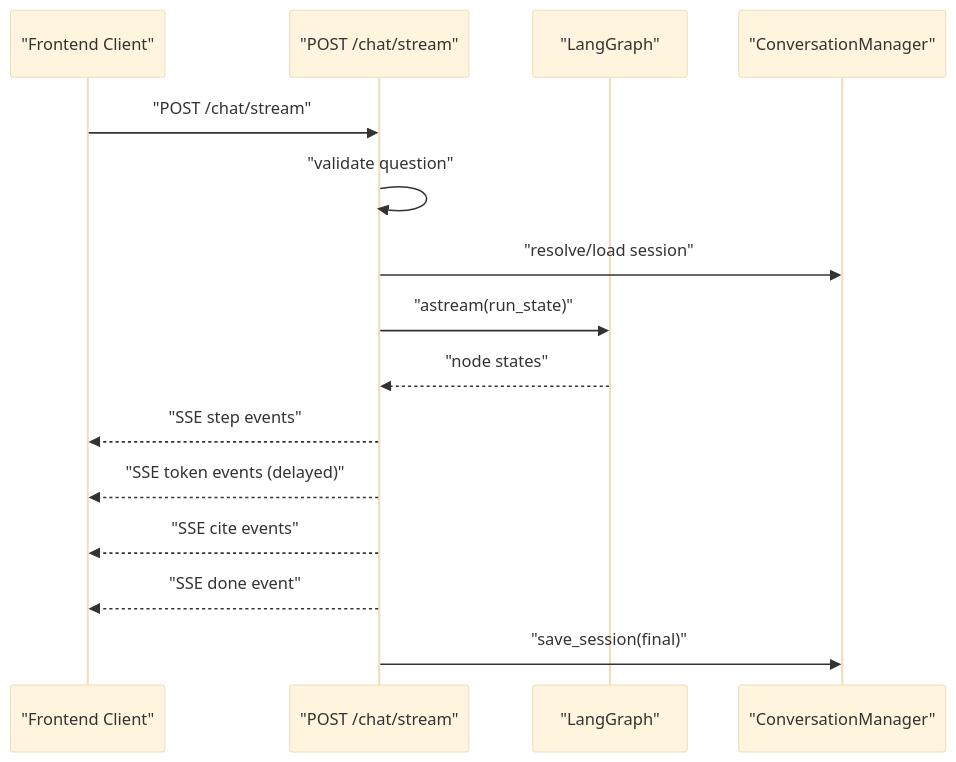
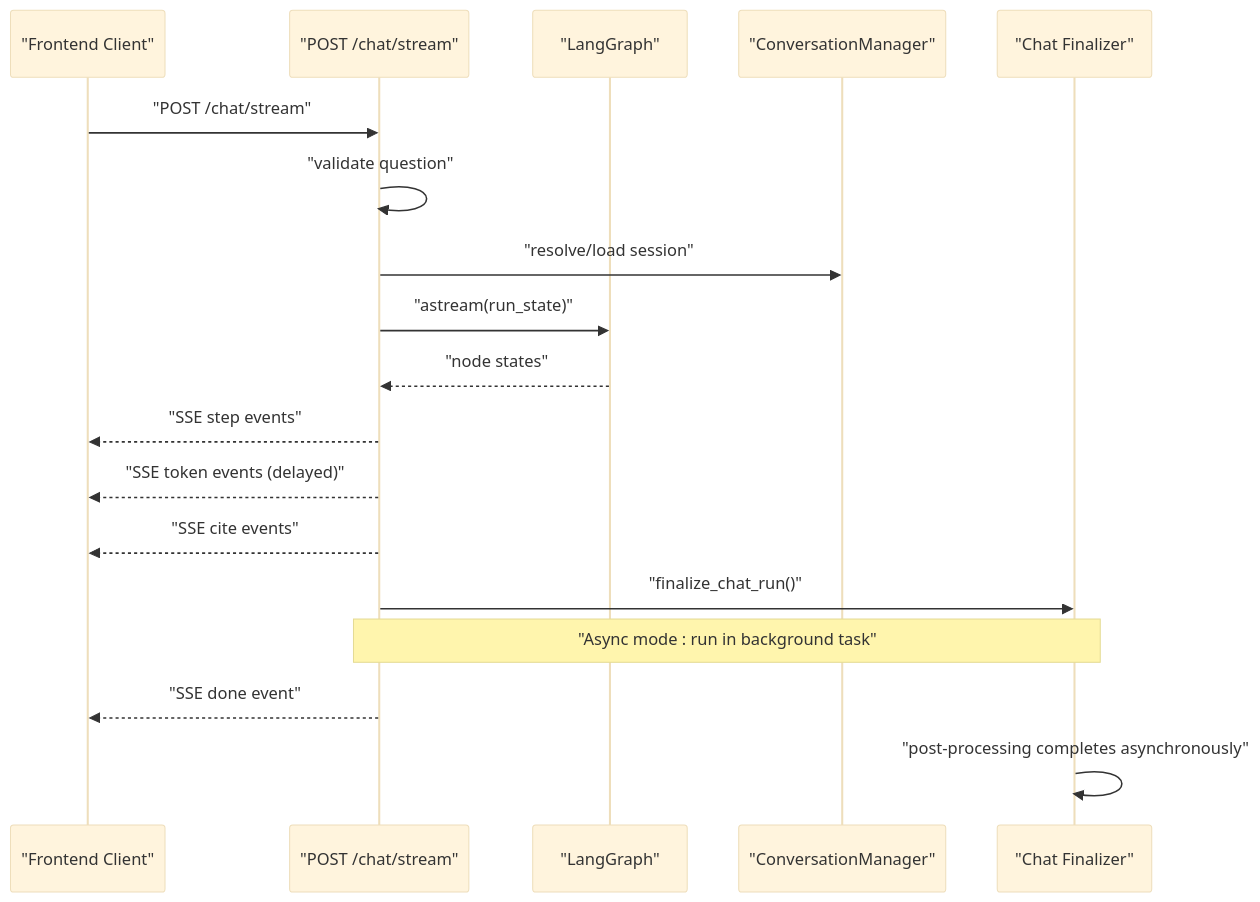
Before and after one commit to genes8/private-ai: the fourth of 7 diagrams in .qoder/repowiki/en/content/Backend Development/API Endpoints/Chat Endpoints.md, drawn with Mermaid (base theme). The commit also changed other lines of this file and 12 other files, not shown here.

````diff
--- a/.qoder/repowiki/en/content/Backend Development/API Endpoints/Chat Endpoints.md
+++ b/.qoder/repowiki/en/content/Backend Development/API Endpoints/Chat Endpoints.md
@@ -235,17 +279,20 @@
 ```mermaid
 sequenceDiagram
 participant FE as "Frontend Client"
 participant Routes as "POST /chat/stream"
 participant Graph as "LangGraph"
 participant Conv as "ConversationManager"
+participant Finalizer as "Chat Finalizer"
 FE->>Routes : "POST /chat/stream"
 Routes->>Routes : "validate question"
 Routes->>Conv : "resolve/load session"
 Routes->>Graph : "astream(run_state)"
 Graph-->>Routes : "node states"
 Routes-->>FE : "SSE step events"
 Routes-->>FE : "SSE token events (delayed)"
 Routes-->>FE : "SSE cite events"
+Routes->>Finalizer : "finalize_chat_run()"
+Note over Routes,Finalizer : "Async mode : run in background task"
 Routes-->>FE : "SSE done event"
-Routes->>Conv : "save_session(final)"
+Finalizer->>Finalizer : "post-processing completes asynchronously"
 ```
````
